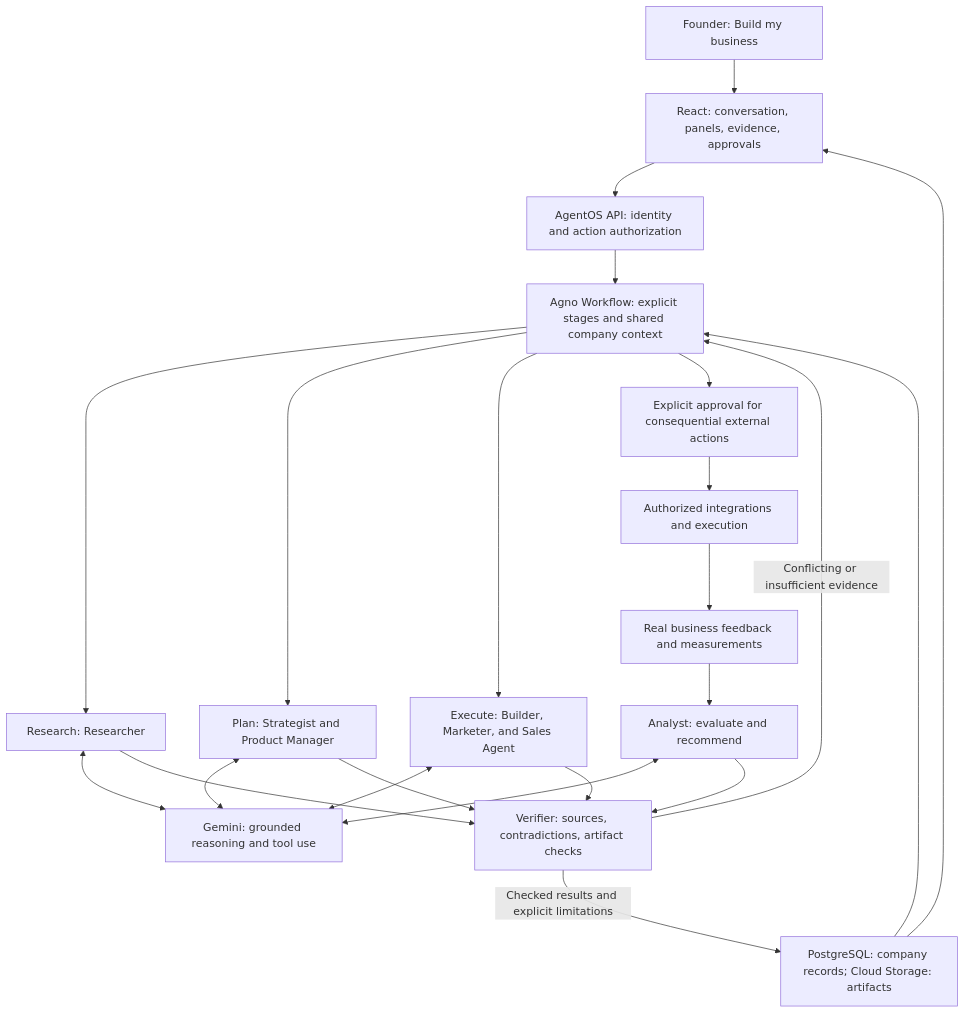
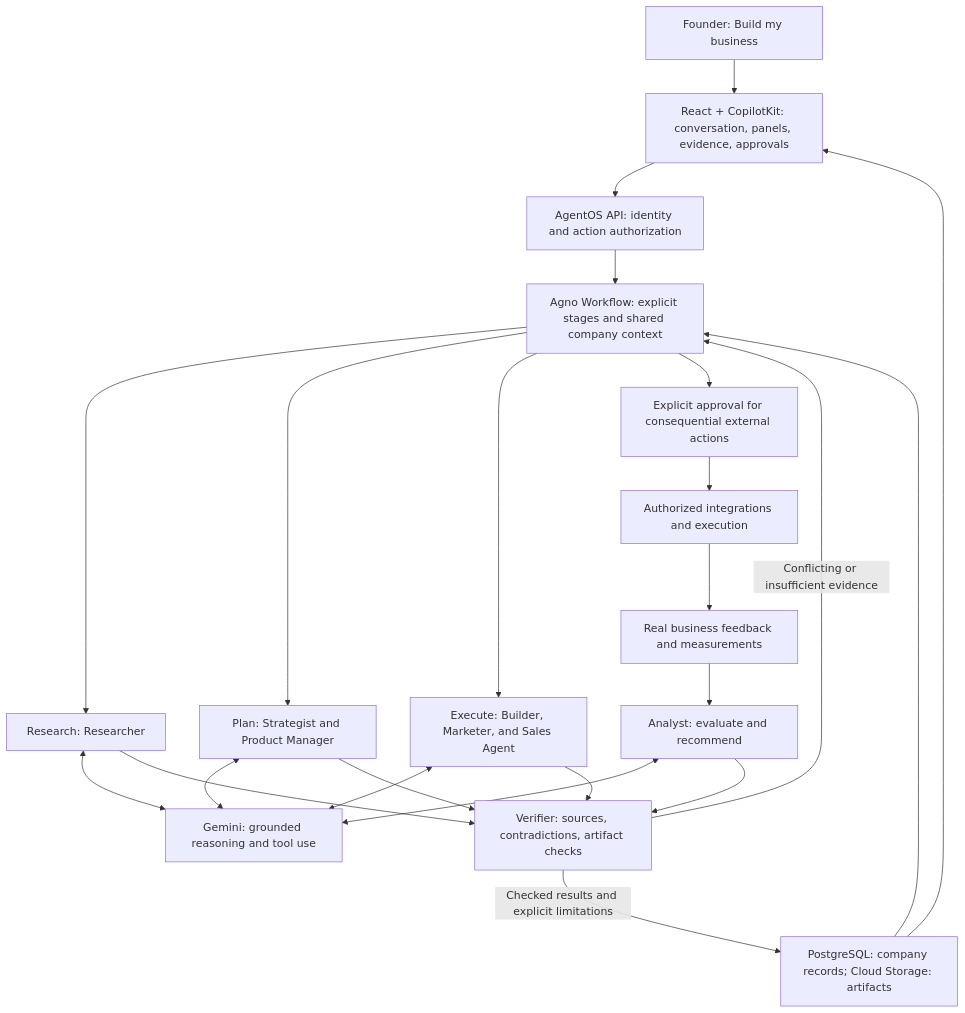
The diagram in README.md (OveRide-Phoenix/team-samurai), drawn with Mermaid before and after one commit. The commit also changed other lines of this file and 44 other files, not shown here.

Commit message:
feat: integrate CopilotKit with Agno and interactive Samurai panels

````diff
--- a/README.md
+++ b/README.md
@@ -68,25 +68,25 @@
 ```mermaid
 flowchart TD
-    Founder["Founder: Build my business"] --> Workspace["React: conversation, panels, evidence, approvals"]
+    Founder["Founder: Build my business"] --> Workspace["React + CopilotKit: conversation, panels, evidence, approvals"]
     Workspace --> Boundary["AgentOS API: identity and action authorization"]
     Boundary --> Orchestrator["Agno Workflow: explicit stages and shared company context"]
     Orchestrator --> Research["Research: Researcher"]
     Orchestrator --> Plan["Plan: Strategist and Product Manager"]
     Orchestrator --> Execute["Execute: Builder, Marketer, and Sales Agent"]
     Research <--> Gemini["Gemini: grounded reasoning and tool use"]
     Plan <--> Gemini
     Execute <--> Gemini
     Research --> Verifier["Verifier: sources, contradictions, artifact checks"]
     Plan --> Verifier
     Execute --> Verifier
     Verifier -->|"Conflicting or insufficient evidence"| Orchestrator
     Verifier -->|"Checked results and explicit limitations"| State["PostgreSQL: company records; Cloud Storage: artifacts"]
     State --> Workspace
     State --> Orchestrator
     Orchestrator --> Approval["Explicit approval for consequential external actions"]
     Approval --> Tools["Authorized integrations and execution"]
     Tools --> Measurements["Real business feedback and measurements"]
     Measurements --> Analyst["Analyst: evaluate and recommend"]
     Analyst <--> Gemini
     Analyst --> Verifier
 ```
````
